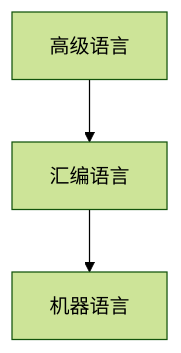
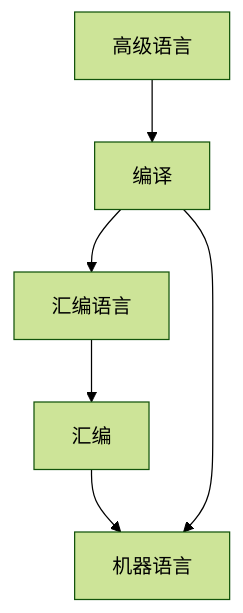
The diagram in 计算机科学与技术/编译原理.md (JiaheLv/Lv_Note), drawn with Mermaid (forest theme) before and after one commit. The commit also changed other lines of this file, not shown here.

Commit message:
修改文件: 计算机科学与技术/编译原理.md

````diff
--- a/计算机科学与技术/编译原理.md
+++ b/计算机科学与技术/编译原理.md
@@ -3,5 +3,6 @@
 ```mermaid!
 graph TD;
-	高级语言-->汇编语言;
-	汇编语言-->机器语言;
+	高级语言-->编译; 编译-->汇编语言
+	汇编语言-->汇编; 汇编-->机器语言
+	编译-->机器语言
 ```
````
